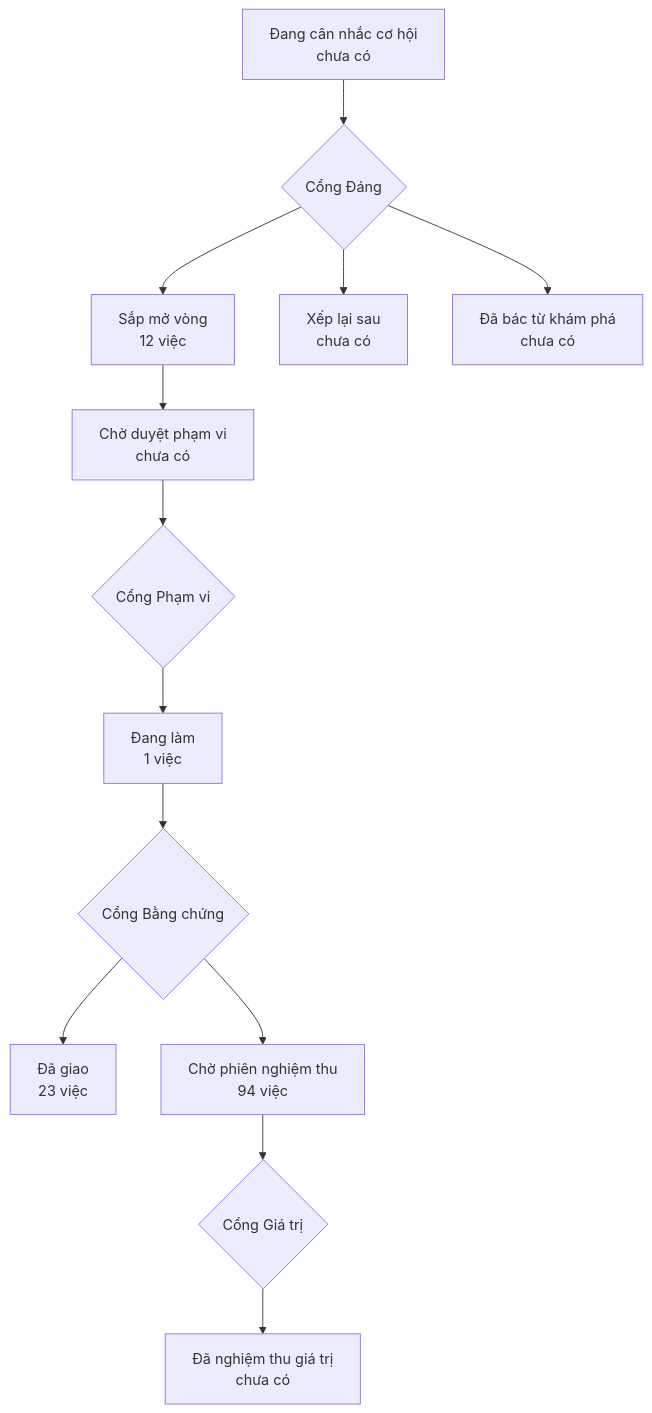
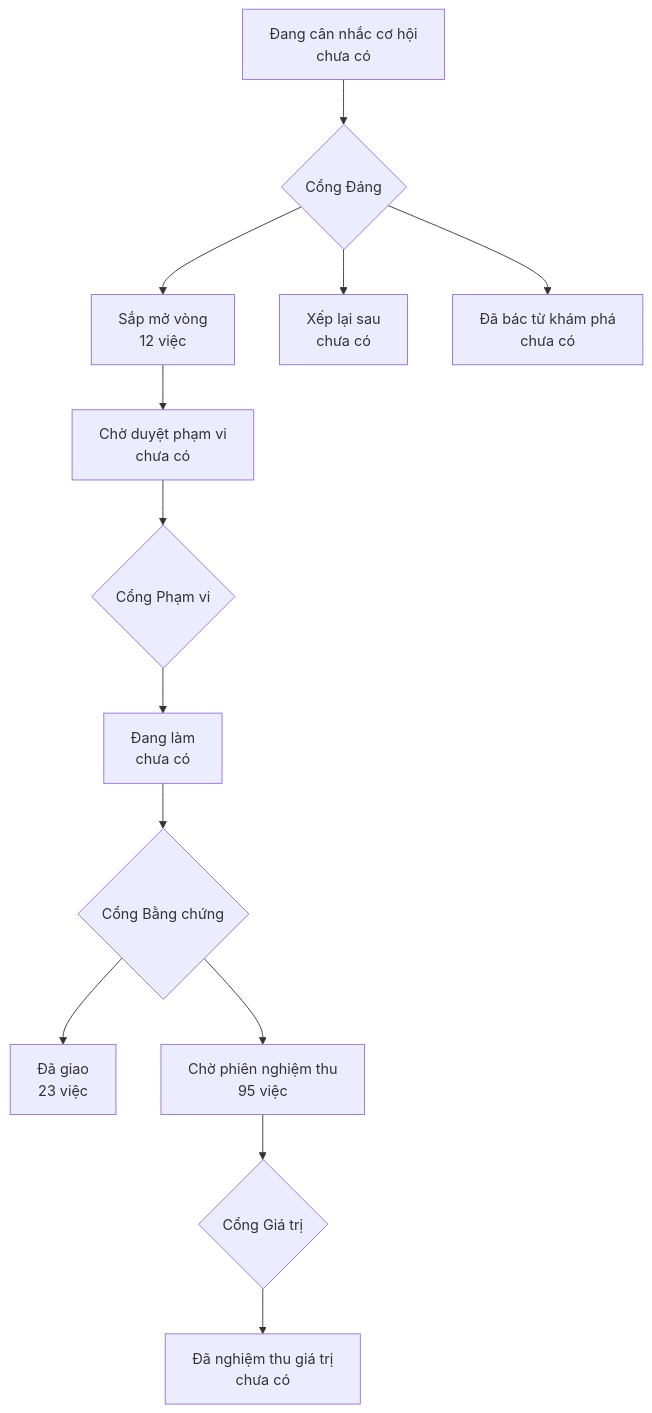
One commit to phanlemanh/onehub-quy-hang changed the diagram in PRODUCT-MAP.md. Above: the diagram before and after it, drawn with Mermaid. The commit also changed other lines of this file and 4 other files, not shown here.

````diff
--- a/PRODUCT-MAP.md
+++ b/PRODUCT-MAP.md
@@ -7,12 +7,12 @@
 ```mermaid
 flowchart TD
   A["Đang cân nhắc cơ hội<br/>chưa có"] --> GD{"Cổng Đáng"}
   GD --> B["Sắp mở vòng<br/>12 việc"]
   GD --> XL["Xếp lại sau<br/>chưa có"]
   GD --> DB["Đã bác từ khám phá<br/>chưa có"]
   B --> CD["Chờ duyệt phạm vi<br/>chưa có"] --> GP{"Cổng Phạm vi"}
-  GP --> DL["Đang làm<br/>1 việc"] --> GB{"Cổng Bằng chứng"}
+  GP --> DL["Đang làm<br/>chưa có"] --> GB{"Cổng Bằng chứng"}
   GB --> DG["Đã giao<br/>23 việc"]
-  GB --> CN["Chờ phiên nghiệm thu<br/>94 việc"] --> GG{"Cổng Giá trị"}
+  GB --> CN["Chờ phiên nghiệm thu<br/>95 việc"] --> GG{"Cổng Giá trị"}
   GG --> NT["Đã nghiệm thu giá trị<br/>chưa có"]
 ```
````
